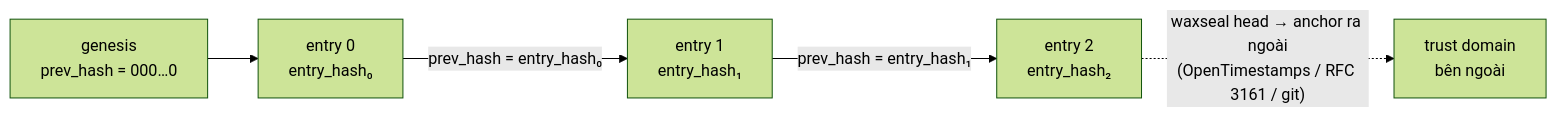
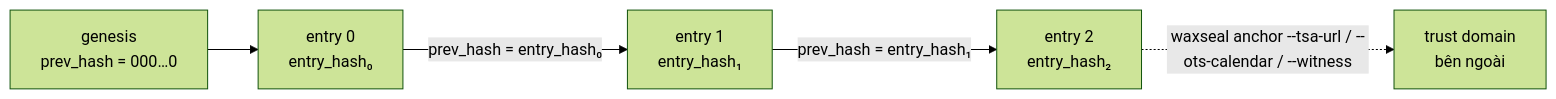
The second of 4 diagrams in README.vi.md (cuongbphv/waxseal), drawn with Mermaid (forest theme) before and after one commit. The commit also changed other lines of this file and 122 other files, not shown here.

````diff
--- a/README.vi.md
+++ b/README.vi.md
@@ -77,7 +78,7 @@
 ```mermaid
 flowchart LR
     G["genesis<br/>prev_hash = 000…0"] --> E0["entry 0<br/>entry_hash₀"]
     E0 -- "prev_hash = entry_hash₀" --> E1["entry 1<br/>entry_hash₁"]
     E1 -- "prev_hash = entry_hash₁" --> E2["entry 2<br/>entry_hash₂"]
-    E2 -. "waxseal head → anchor ra ngoài<br/>(OpenTimestamps / RFC 3161 / git)" .-> X["trust domain<br/>bên ngoài"]
+    E2 -. "waxseal anchor --tsa-url / --ots-calendar / --witness" .-> X["trust domain<br/>bên ngoài"]
 ```
````
